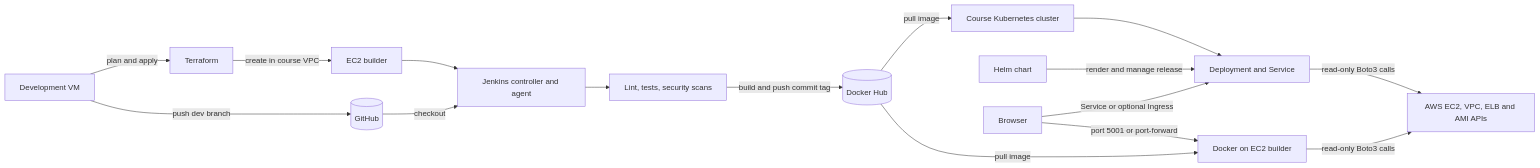
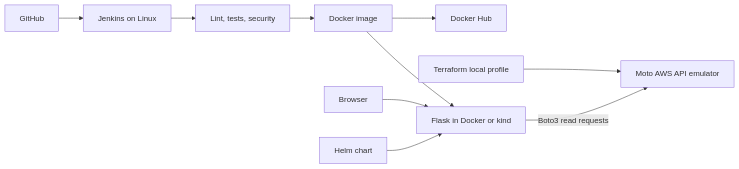
One commit to DrorAlpern/devops-final-exam changed the diagram in docs/architecture.md. Above: the diagram before and after it, drawn with Mermaid. The commit also changed other lines of this file and 68 other files, not shown here.

Commit message:
Add reproducible local submission with Terraform, kind, and stage one

````diff
--- a/docs/architecture.md
+++ b/docs/architecture.md
@@ -8,21 +3,12 @@
 ```mermaid
 flowchart LR
-    developer["Development VM"] -->|push dev branch| github[(GitHub)]
-    developer -->|plan and apply| terraform[Terraform]
-    terraform -->|create in course VPC| builder["EC2 builder"]
-
-    github -->|checkout| jenkins["Jenkins controller and agent"]
-    builder --> jenkins
-    jenkins --> checks["Lint, tests, security scans"]
-    checks -->|build and push commit tag| registry[(Docker Hub)]
-
-    registry -->|pull image| compose["Docker on EC2 builder"]
-    registry -->|pull image| cluster["Course Kubernetes cluster"]
-    cluster --> workload["Deployment and Service"]
-    helm[Helm chart] -->|render and manage release| workload
-
-    browser[Browser] -->|port 5001 or port-forward| compose
-    browser -->|Service or optional Ingress| workload
-    compose -->|read-only Boto3 calls| aws["AWS EC2, VPC, ELB and AMI APIs"]
-    workload -->|read-only Boto3 calls| aws
+    git[GitHub] --> ci[Jenkins on Linux]
+    ci --> checks[Lint, tests, security]
+    checks --> image[Docker image]
+    image --> hub[Docker Hub]
+    image --> app[Flask in Docker or kind]
+    tf[Terraform local profile] --> moto[Moto AWS API emulator]
+    app -->|Boto3 read requests| moto
+    browser[Browser] --> app
+    helm[Helm chart] --> app
 ```
````
